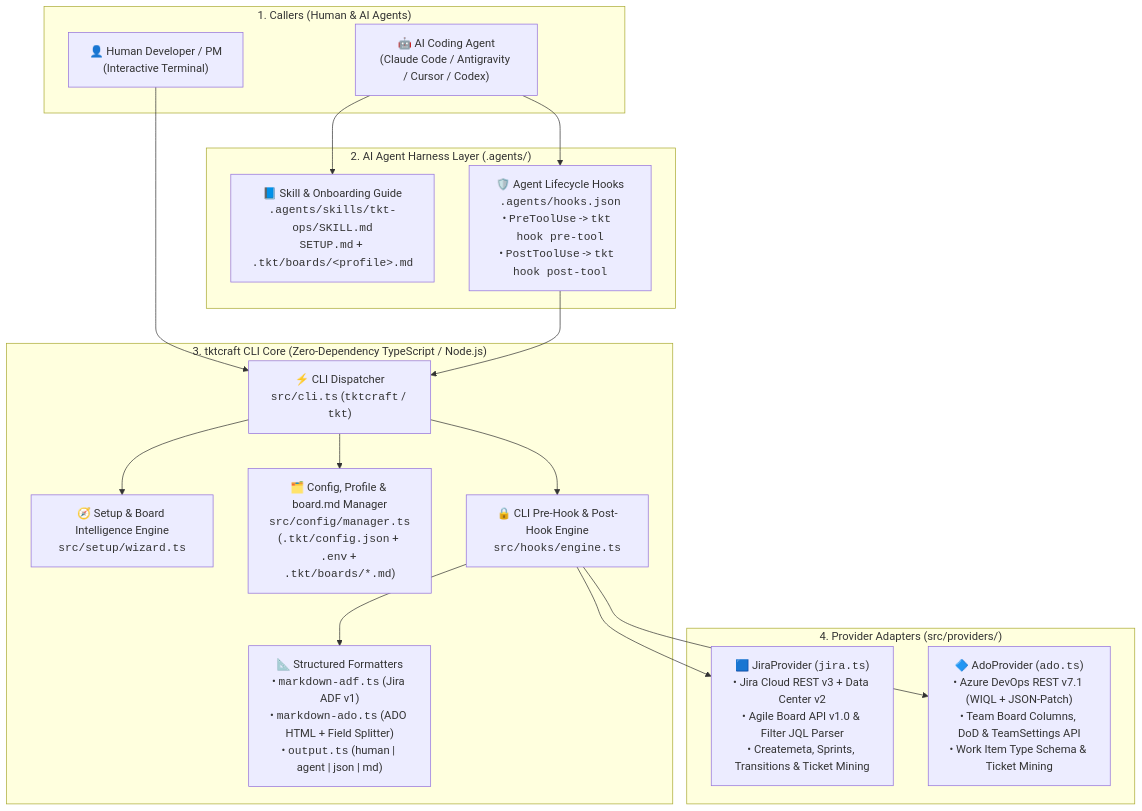
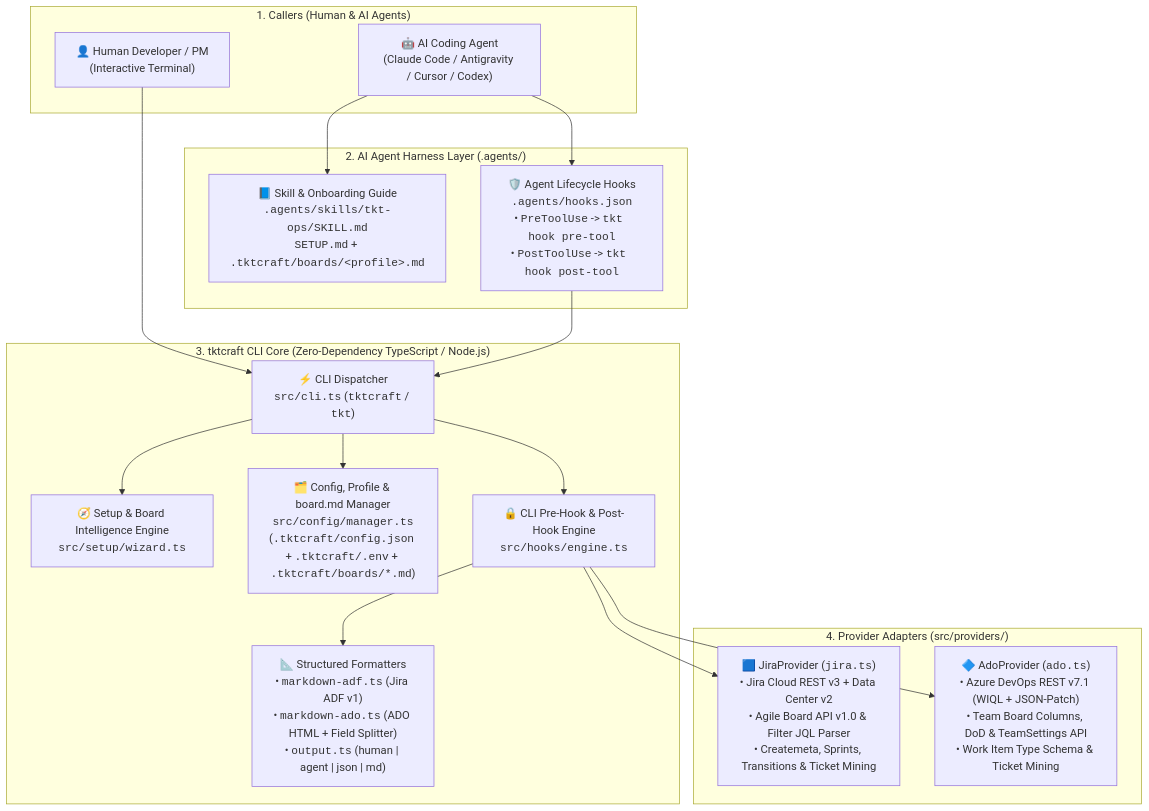
The first of 4 diagrams in ARCHITECTURE.md (sandrinio/tktcraft), drawn with Mermaid before and after one commit. The commit also changed other lines of this file and 35 other files, not shown here.

````diff
--- a/ARCHITECTURE.md
+++ b/ARCHITECTURE.md
@@ -50,36 +50,36 @@
 ```mermaid
 flowchart TB
     subgraph Actors["1. Callers (Human & AI Agents)"]
         Human["👤 Human Developer / PM<br/>(Interactive Terminal)"]
         Agent["🤖 AI Coding Agent<br/>(Claude Code / Antigravity / Cursor / Codex)"]
     end
 
     subgraph HarnessLayer["2. AI Agent Harness Layer (.agents/)"]
-        Skill["📘 Skill & Onboarding Guide<br/><code>.agents/skills/tkt-ops/SKILL.md</code><br/><code>SETUP.md</code> + <code>.tkt/boards/&lt;profile&gt;.md</code>"]
+        Skill["📘 Skill & Onboarding Guide<br/><code>.agents/skills/tkt-ops/SKILL.md</code><br/><code>SETUP.md</code> + <code>.tktcraft/boards/&lt;profile&gt;.md</code>"]
         HooksJson["🛡️ Agent Lifecycle Hooks<br/><code>.agents/hooks.json</code><br/>• <code>PreToolUse</code> -> <code>tkt hook pre-tool</code><br/>• <code>PostToolUse</code> -> <code>tkt hook post-tool</code>"]
     end
 
     subgraph CliCore["3. tktcraft CLI Core (Zero-Dependency TypeScript / Node.js)"]
         Router["⚡ CLI Dispatcher<br/><code>src/cli.ts</code> (<code>tktcraft</code> / <code>tkt</code>)"]
         Wizard["🧭 Setup & Board Intelligence Engine<br/><code>src/setup/wizard.ts</code>"]
-        CfgMgr["🗂️ Config, Profile & board.md Manager<br/><code>src/config/manager.ts</code><br/>(<code>.tkt/config.json</code> + <code>.env</code> + <code>.tkt/boards/*.md</code>)"]
+        CfgMgr["🗂️ Config, Profile & board.md Manager<br/><code>src/config/manager.ts</code><br/>(<code>.tktcraft/config.json</code> + <code>.tktcraft/.env</code> + <code>.tktcraft/boards/*.md</code>)"]
         HookEngine["🔒 CLI Pre-Hook & Post-Hook Engine<br/><code>src/hooks/engine.ts</code>"]
         Formatters["📐 Structured Formatters<br/>• <code>markdown-adf.ts</code> (Jira ADF v1)<br/>• <code>markdown-ado.ts</code> (ADO HTML + Field Splitter)<br/>• <code>output.ts</code> (human | agent | json | md)"]
     end
 
     subgraph Providers["4. Provider Adapters (src/providers/)"]
         JiraProv["🟦 JiraProvider (<code>jira.ts</code>)<br/>• Jira Cloud REST v3 + Data Center v2<br/>• Agile Board API v1.0 & Filter JQL Parser<br/>• Createmeta, Sprints, Transitions & Ticket Mining"]
         AdoProv["🔷 AdoProvider (<code>ado.ts</code>)<br/>• Azure DevOps REST v7.1 (WIQL + JSON-Patch)<br/>• Team Board Columns, DoD & TeamSettings API<br/>• Work Item Type Schema & Ticket Mining"]
     end
 
     Human --> Router
     Agent --> Skill
     Agent --> HooksJson
     HooksJson --> Router
     Router --> Wizard
     Router --> CfgMgr
     Router --> HookEngine
     HookEngine --> Formatters
     HookEngine --> JiraProv
     HookEngine --> AdoProv
 ```
````
